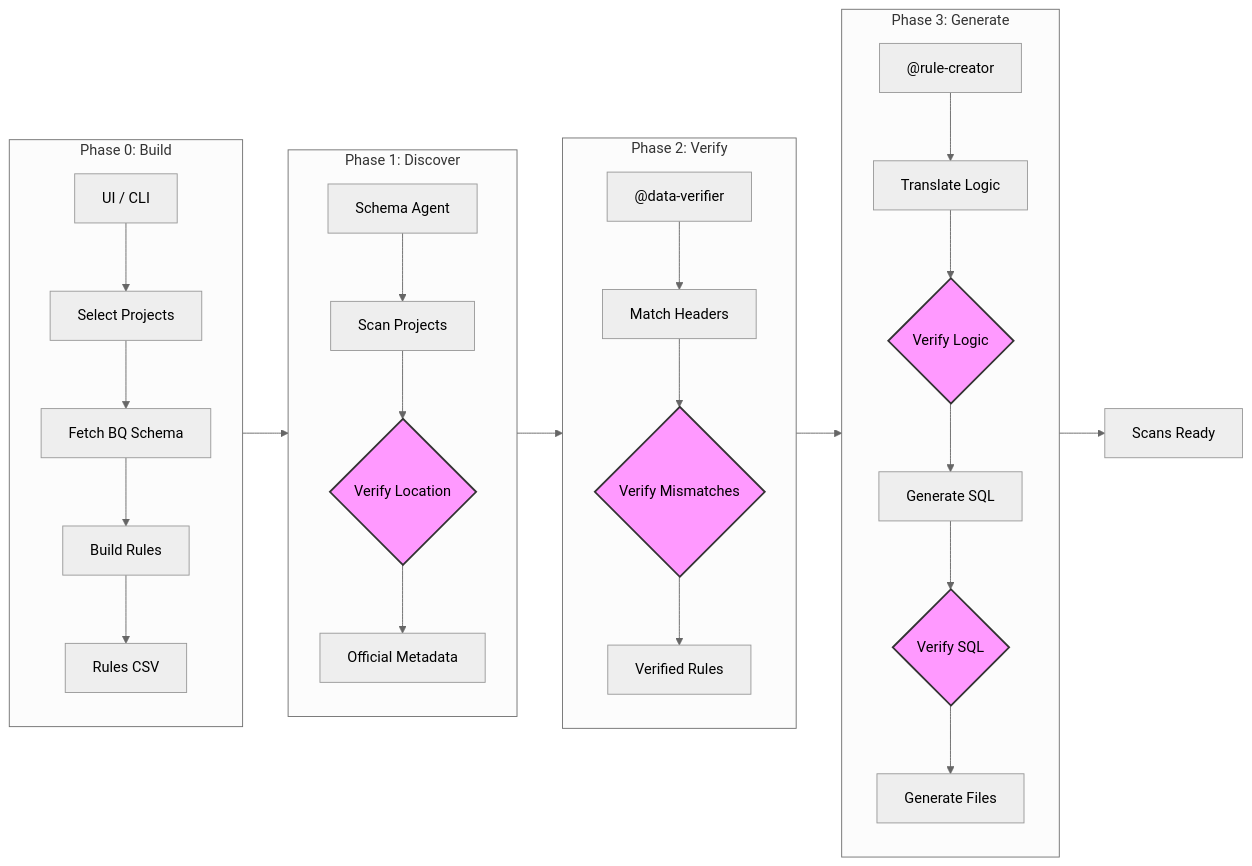
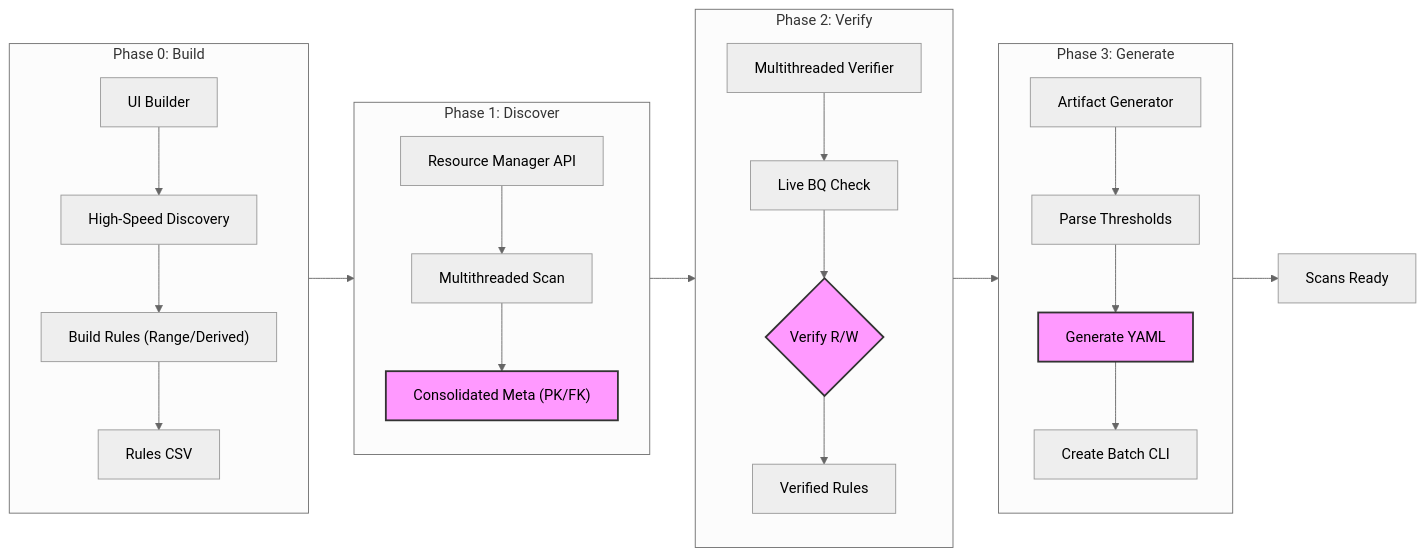
The diagram in SYSTEM_OVERVIEW.md (akkuadhi/dataplex-ecosystem), drawn with Mermaid (neutral theme) before and after one commit. The commit also changed other lines of this file and 12 other files, not shown here.

Commit message:
Optimize Dataplex Ecosystem: Unified Master Hub with multithreading, advanced metadata discovery, and improved proxy handling.

````diff
--- a/SYSTEM_OVERVIEW.md
+++ b/SYSTEM_OVERVIEW.md
@@ -7,30 +7,29 @@
 ```mermaid
 flowchart LR
     subgraph P0 ["Phase 0: Build"]
         direction TB
-        P0S["UI / CLI"] --> P0P["Select Projects"] --> P0F["Fetch BQ Schema"] --> P0B["Build Rules"] --> P0C["Rules CSV"]
+        P0S["UI Builder"] --> P0P["High-Speed Discovery"] --> P0B["Build Rules (Range/Derived)"] --> P0C["Rules CSV"]
     end
 
     subgraph P1 ["Phase 1: Discover"]
         direction TB
-        P1A["Schema Agent"] --> P1S["Scan Projects"] --> P1V{"Verify Location"} --> P1M["Official Metadata"]
+        P1A["Resource Manager API"] --> P1S["Multithreaded Scan"] --> P1M["Consolidated Meta (PK/FK)"]
     end
 
     subgraph P2 ["Phase 2: Verify"]
         direction TB
-        P2A["@data-verifier"] --> P2M["Match Headers"] --> P2V{"Verify Mismatches"} --> P2R["Verified Rules"]
+        P2A["Multithreaded Verifier"] --> P2M["Live BQ Check"] --> P2V{"Verify R/W"} --> P2R["Verified Rules"]
     end
 
     subgraph P3 ["Phase 3: Generate"]
         direction TB
-        P3A["@rule-creator"] --> P3T["Translate Logic"] --> P3L{"Verify Logic"} --> P3G["Generate SQL"] --> P3S{"Verify SQL"} --> P3F["Generate Files"]
+        P3A["Artifact Generator"] --> P3T["Parse Thresholds"] --> P3G["Generate YAML"] --> P3F["Create Batch CLI"]
     end
 
     P0 --> P1 --> P2 --> P3
     P3 --> DONE["Scans Ready"]
 
-    style P1V fill:#f9f,stroke:#333,stroke-width:2px
+    style P1M fill:#f9f,stroke:#333,stroke-width:2px
     style P2V fill:#f9f,stroke:#333,stroke-width:2px
-    style P3L fill:#f9f,stroke:#333,stroke-width:2px
-    style P3S fill:#f9f,stroke:#333,stroke-width:2px
+    style P3G fill:#f9f,stroke:#333,stroke-width:2px
 ```
````
